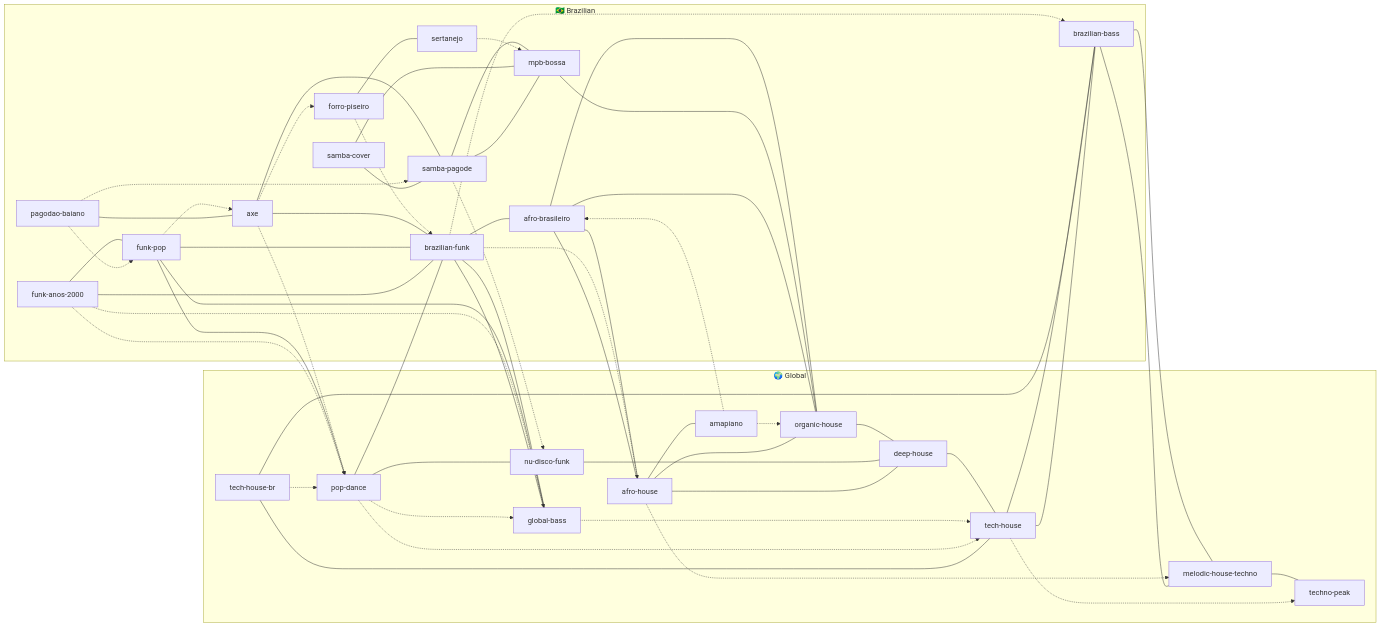
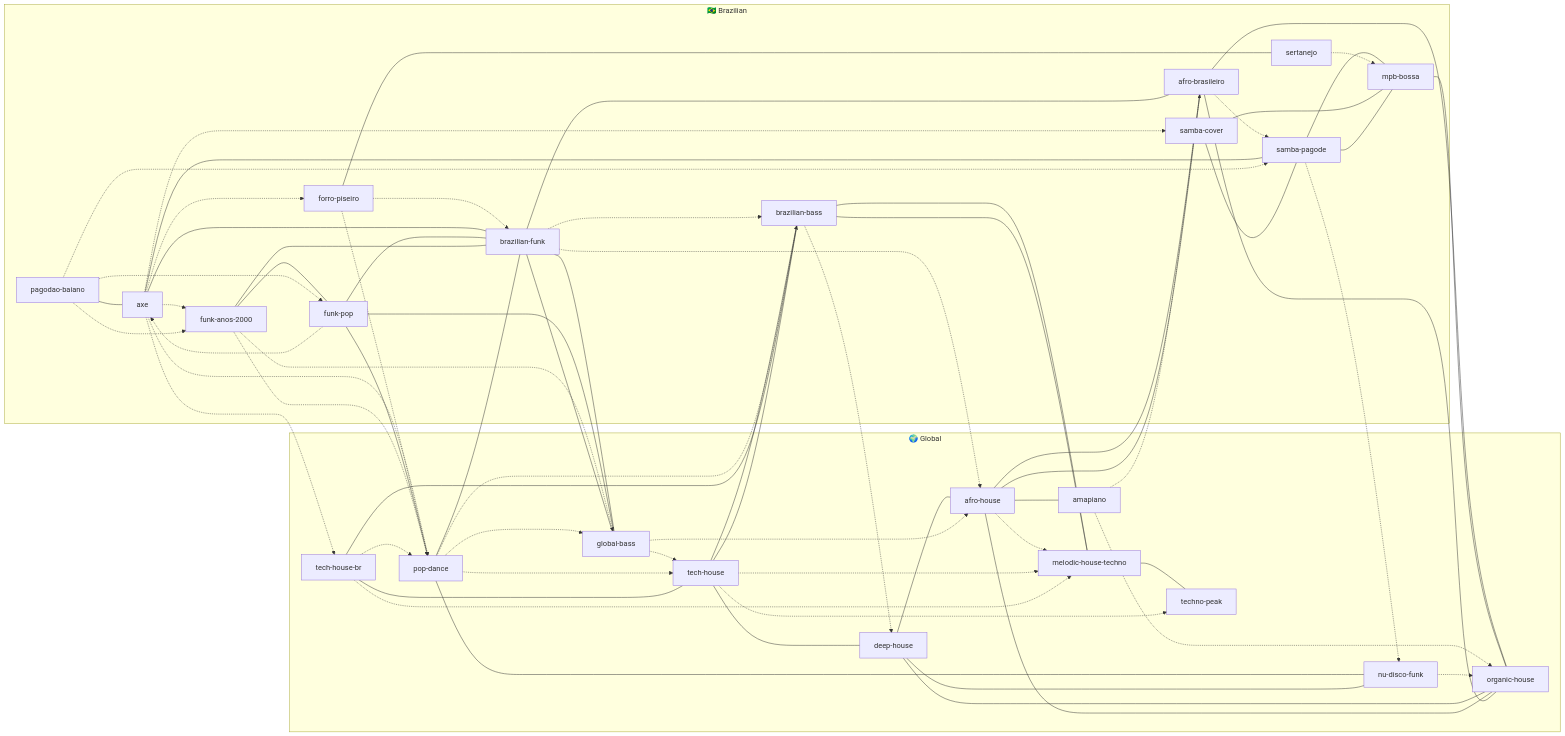
One commit to nansravn/nextrack changed the diagram in docs/genre-graph.md. Above: the diagram before and after it, drawn with Mermaid. The commit also changed 1 other file, not shown here.

Commit message:
Sync genre graph with block bridges and the Mermaid map
Six bridge-outs written in blocks had no edge in graph.yml. Add them as
medium edges, with via taken from each block's note:
axe -> funk-anos-2000 / samba-cover / tech-house-br,
pop-dance -> brazilian-bass, pagodao-baiano -> funk-anos-2000,
forro-piseiro -> pop-dance.

The Mermaid map claims every strong and medium edge but was missing
eight medium ones (brazilian-bass -> deep-house, afro-brasileiro <->
samba-pagode, tech-house <-> melodic-house-techno, nu-disco-funk ->
organic-house, global-bass -> afro-house, tech-house-br ->
melodic-house-techno). Add those plus the six new edges.

```diff
--- a/docs/genre-graph.md
+++ b/docs/genre-graph.md
@@ -101,6 +101,11 @@
   FORRO -.-> FUNK
   SAMBA -.-> DISCO
   GBASS -.-> TECH
+  BBASS -.-> DEEP
+  AFROBR -.-> SAMBA
+  TECH -.-> MELO
+  DISCO -.-> ORG
+  GBASS -.-> AFRO
 
   AXE --- FUNK
   AXE --- SAMBA
@@ -110,6 +115,11 @@
   AXE -.-> FORRO
   POPD -.-> GBASS
   POPD -.-> TECH
+  POPD -.-> BBASS
+  FORRO -.-> POPD
+  AXE -.-> FUNK2000
+  AXE -.-> SAMBACOVER
+  AXE -.-> THB
 
   FUNKPOP --- FUNK
   FUNKPOP --- POPD
@@ -124,10 +134,12 @@
   PAGBA --- AXE
   PAGBA -.-> SAMBA
   PAGBA -.-> FUNKPOP
+  PAGBA -.-> FUNK2000
 
   THB --- TECH
   THB --- BBASS
   THB -.-> POPD
+  THB -.-> MELO
 
   SAMBACOVER --- SAMBA
   SAMBACOVER --- MPB
```
